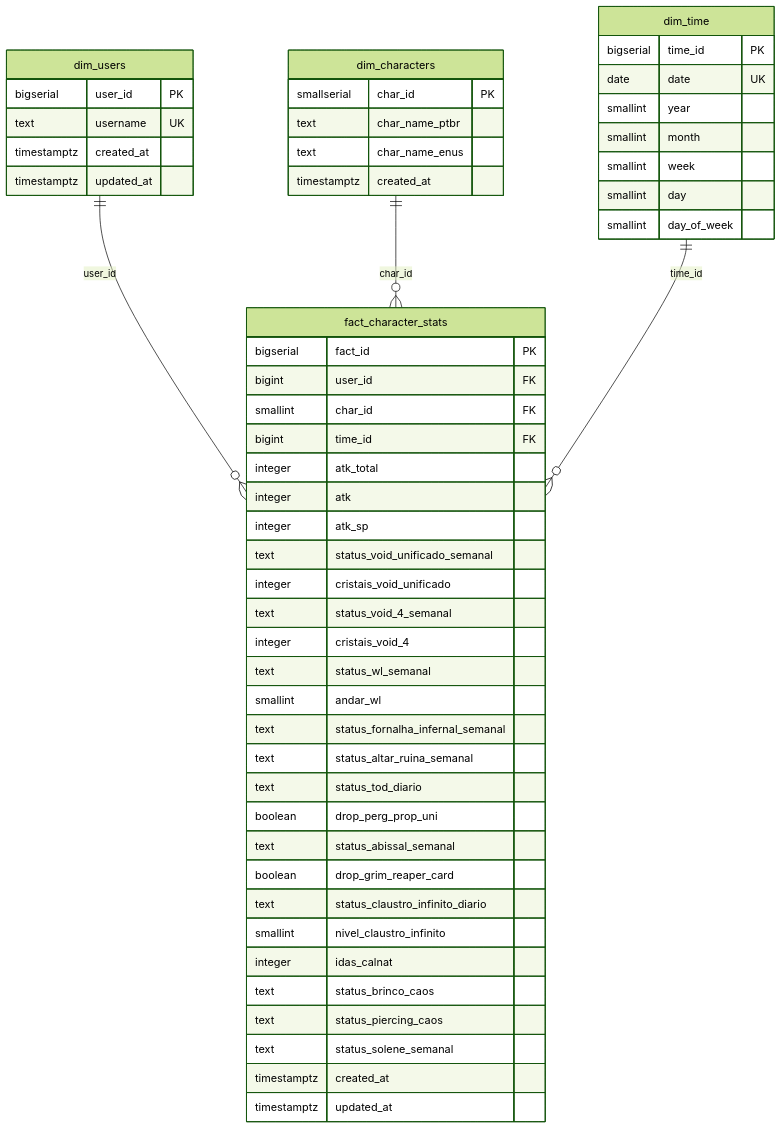
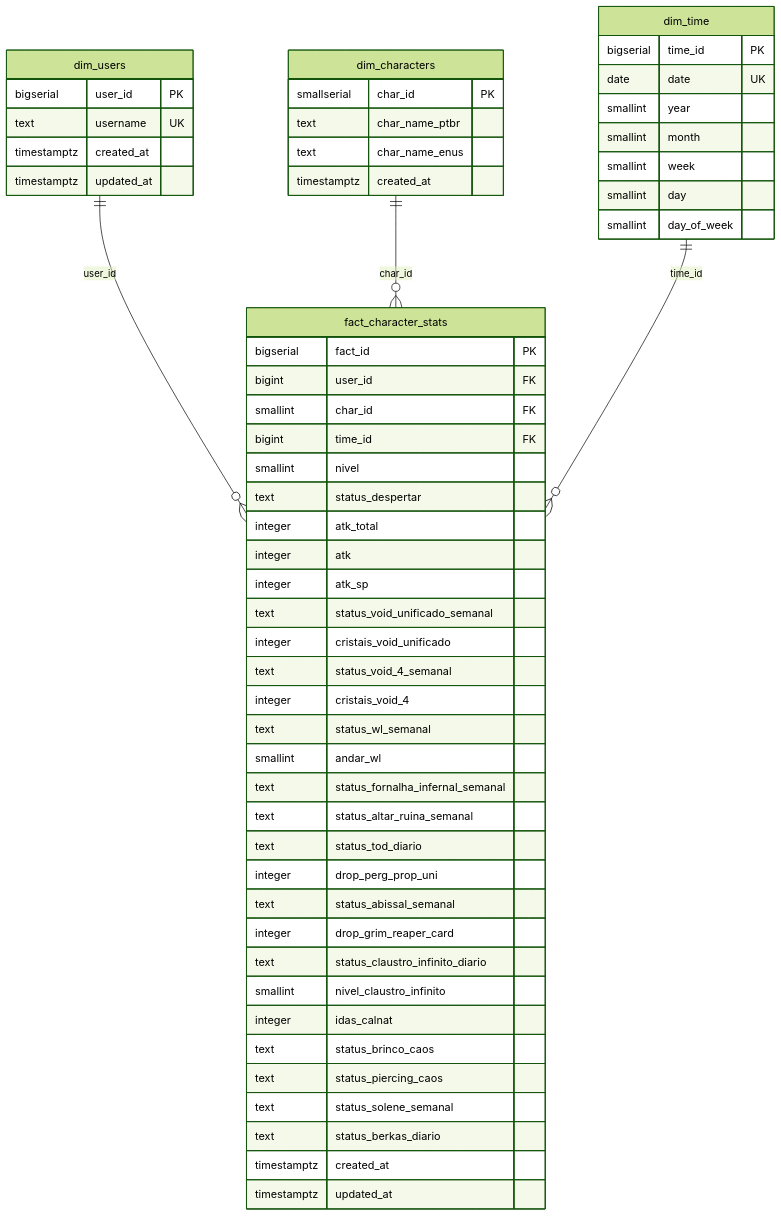
One commit to g-soldera/gc-management-api changed the second of 8 diagrams in ARCHITECTURE.md. Above: the diagram before and after it, drawn with Mermaid (forest theme). The commit also changed other lines of this file, not shown here.

First line of the commit message:
docs: update ARCHITECTURE.md with batch update flow + SQL functions

````diff
--- a/ARCHITECTURE.md
+++ b/ARCHITECTURE.md
@@ -34,60 +34,63 @@
 ```mermaid
 erDiagram
     dim_users ||--o{ fact_character_stats : "user_id"
     dim_characters ||--o{ fact_character_stats : "char_id"
     dim_time ||--o{ fact_character_stats : "time_id"
 
     dim_users {
         bigserial user_id PK
         text username UK
         timestamptz created_at
         timestamptz updated_at
     }
 
     dim_characters {
         smallserial char_id PK
         text char_name_ptbr
         text char_name_enus
         timestamptz created_at
     }
 
     dim_time {
         bigserial time_id PK
         date date UK
         smallint year
         smallint month
         smallint week
         smallint day
         smallint day_of_week
     }
 
     fact_character_stats {
         bigserial fact_id PK
         bigint user_id FK
         smallint char_id FK
         bigint time_id FK
+        smallint nivel
+        text status_despertar
         integer atk_total
         integer atk
         integer atk_sp
         text status_void_unificado_semanal
         integer cristais_void_unificado
         text status_void_4_semanal
         integer cristais_void_4
         text status_wl_semanal
         smallint andar_wl
         text status_fornalha_infernal_semanal
         text status_altar_ruina_semanal
         text status_tod_diario
-        boolean drop_perg_prop_uni
+        integer drop_perg_prop_uni
         text status_abissal_semanal
-        boolean drop_grim_reaper_card
+        integer drop_grim_reaper_card
         text status_claustro_infinito_diario
         smallint nivel_claustro_infinito
         integer idas_calnat
         text status_brinco_caos
         text status_piercing_caos
         text status_solene_semanal
+        text status_berkas_diario
         timestamptz created_at
         timestamptz updated_at
     }
 ```
````
